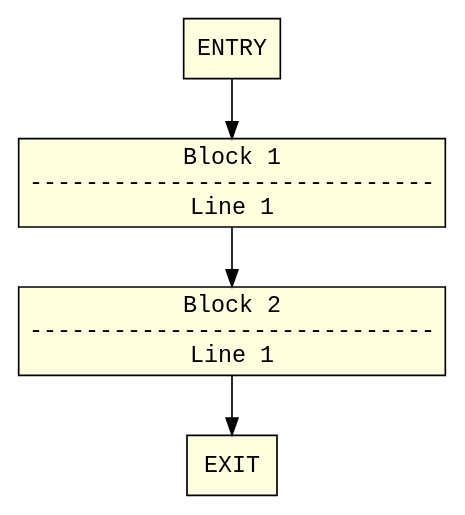
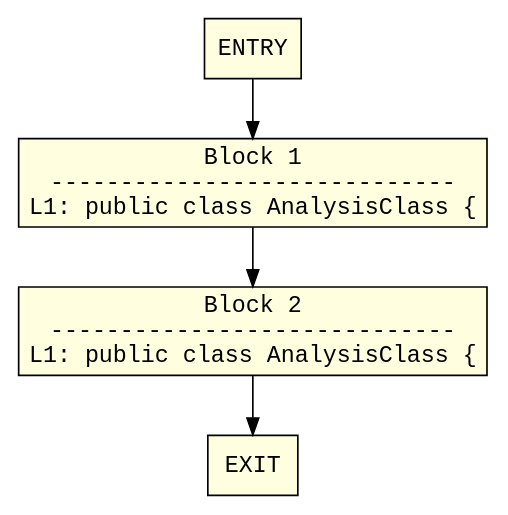
One commit to punsnx/coop-internship-2026 changed the diagram in phase_04/export/cfg_javacode_init.dot. Above: the diagram before and after it, drawn with Graphviz. The commit also changed 7 other files, not shown here.

```diff
--- a/phase_04/export/cfg_javacode_init.dot
+++ b/phase_04/export/cfg_javacode_init.dot
@@ -1,10 +1,10 @@
 digraph Mapped_JavaCode_CFG {
   node [shape=box, style=filled, fillcolor=lightyellow, fontname="Courier"];
   0 [label="ENTRY"];
-  1 [label="Block 1\n-----------------------------\nLine 1"];
-  2 [label="Block 2\n-----------------------------\nLine 1"];
+  1 [label="Block 1\n-----------------------------\nL1: public class AnalysisClass {"];
+  2 [label="Block 2\n-----------------------------\nL1: public class AnalysisClass {"];
   3 [label="EXIT"];
   0 -> 1;
   1 -> 2;
   2 -> 3;
 }
```
